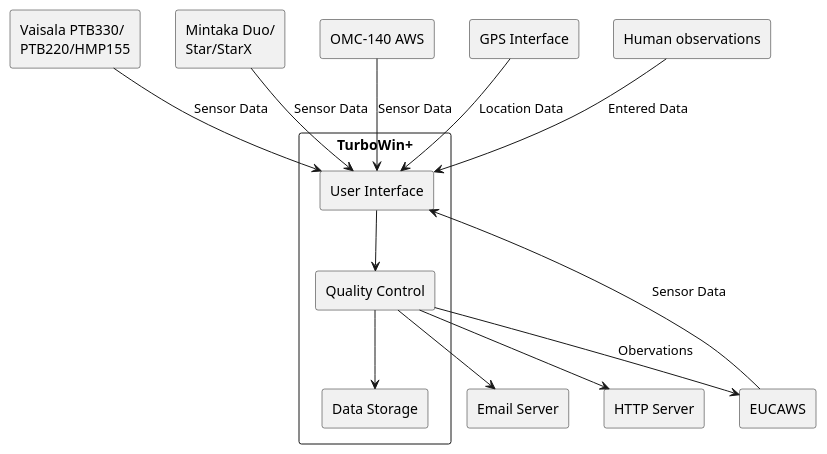
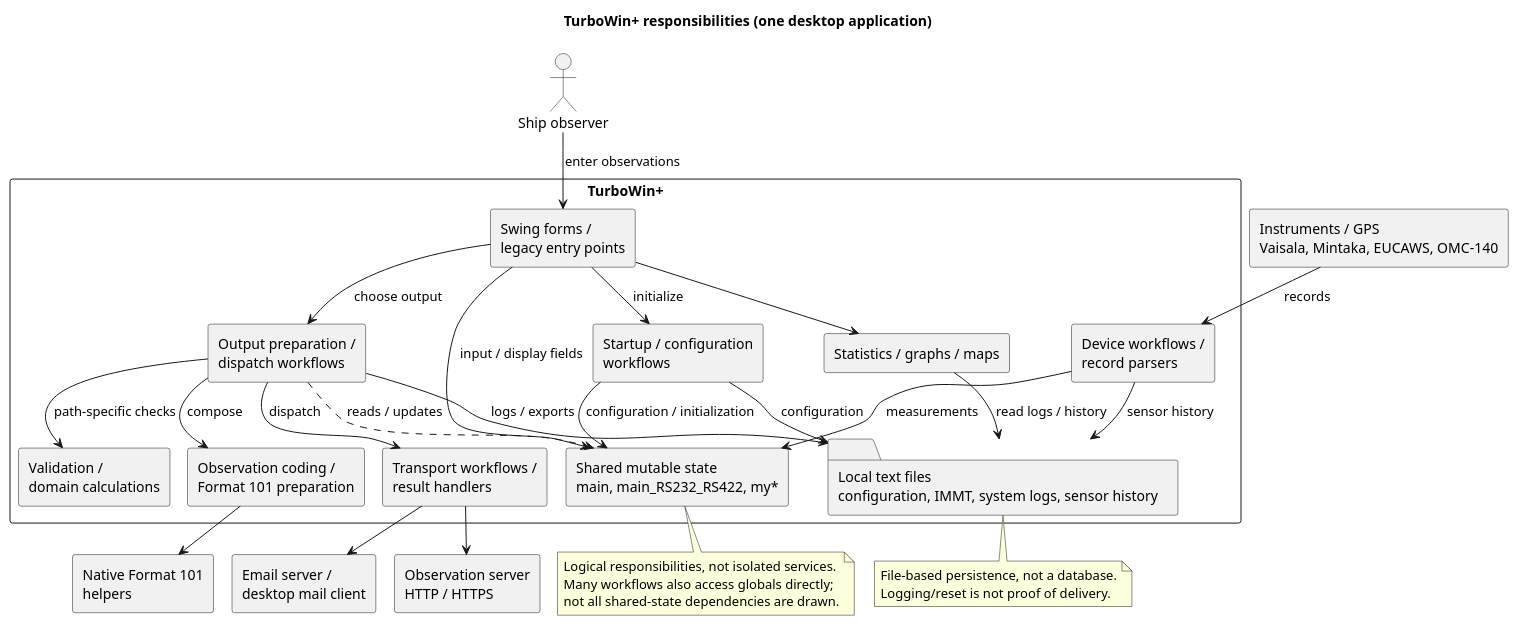
Before and after one commit to DeutscherWetterdienst/turbowin: the diagram in documentation/images/05_building_block_view.puml, drawn with PlantUML. The commit also changed 11 other files, not shown here.

Commit message:
Refresh architecture and testing documentation

```diff
--- a/documentation/images/05_building_block_view.puml
+++ b/documentation/images/05_building_block_view.puml
@@ -1,34 +1,57 @@
 @startuml
+!pragma layout smetana
 skinparam componentStyle rectangle
+top to bottom direction
+title TurboWin+ responsibilities (one desktop application)
 
-component "Vaisala PTB330/\nPTB220/HMP155" as Vaisala
-component "Mintaka Duo/\nStar/StarX" as Mintaka
-component "EUCAWS" as EUCAWS
-component "OMC-140 AWS" as OMC
-component "GPS Interface" as GPS
+actor "Ship observer" as Observer
+component "Instruments / GPS\nVaisala, Mintaka, EUCAWS, OMC-140" as Sensors
+component "Email server /\ndesktop mail client" as Email
+component "Observation server\nHTTP / HTTPS" as HTTP
+component "Native Format 101\nhelpers" as Native
 
 component "TurboWin+" as TurboWin {
-  component "User Interface" as UI
-  component "Quality Control" as QC
-  component "Data Storage" as Storage
+  component "Swing forms /\nlegacy entry points" as UI
+  component "Startup / configuration\nworkflows" as Startup
+  component "Device workflows /\nrecord parsers" as Acquisition
+  component "Shared mutable state\nmain, main_RS232_RS422, my*" as State
+  component "Output preparation /\ndispatch workflows" as Output
+  component "Validation /\ndomain calculations" as Validation
+  component "Observation coding /\nFormat 101 preparation" as Coding
+  component "Transport workflows /\nresult handlers" as Transport
+  component "Statistics / graphs / maps" as Views
+  folder "Local text files\nconfiguration, IMMT, system logs, sensor history" as Files
 }
 
-component "Human observations" as Observations
-component "Email Server" as Email
-component "HTTP Server" as HTTP
+Observer --> UI : enter observations
+Sensors --> Acquisition : records
+UI --> Startup : initialize
+Startup --> State : configuration / initialization
+UI --> State : input / display fields
+Acquisition --> State : measurements
+Acquisition --> Files : sensor history
+UI --> Output : choose output
+Output ..> State : reads / updates
+Output --> Validation : path-specific checks
+Output --> Coding : compose
+Output --> Transport : dispatch
+Output --> Files : logs / exports
+Startup --> Files : configuration
+UI --> Views
+Views --> Files : read logs / history
+Transport --> Email
+Transport --> HTTP
+Coding --> Native
 
-Vaisala --> UI : Sensor Data
-Mintaka --> UI : Sensor Data
-EUCAWS --> UI : Sensor Data
-OMC --> UI : Sensor Data
-GPS --> UI : Location Data
+note bottom of State
+  Logical responsibilities, not isolated services.
+  Many workflows also access globals directly;
+  not all shared-state dependencies are drawn.
+end note
 
-Observations --> UI : Entered Data
-
-UI --> QC
-QC --> Storage
-QC --> EUCAWS : Obervations
-QC --> Email
-QC --> HTTP
+note bottom of Files
+  File-based persistence, not a database.
+  Logging/reset is not proof of delivery.
+end note
 
 @enduml
```
